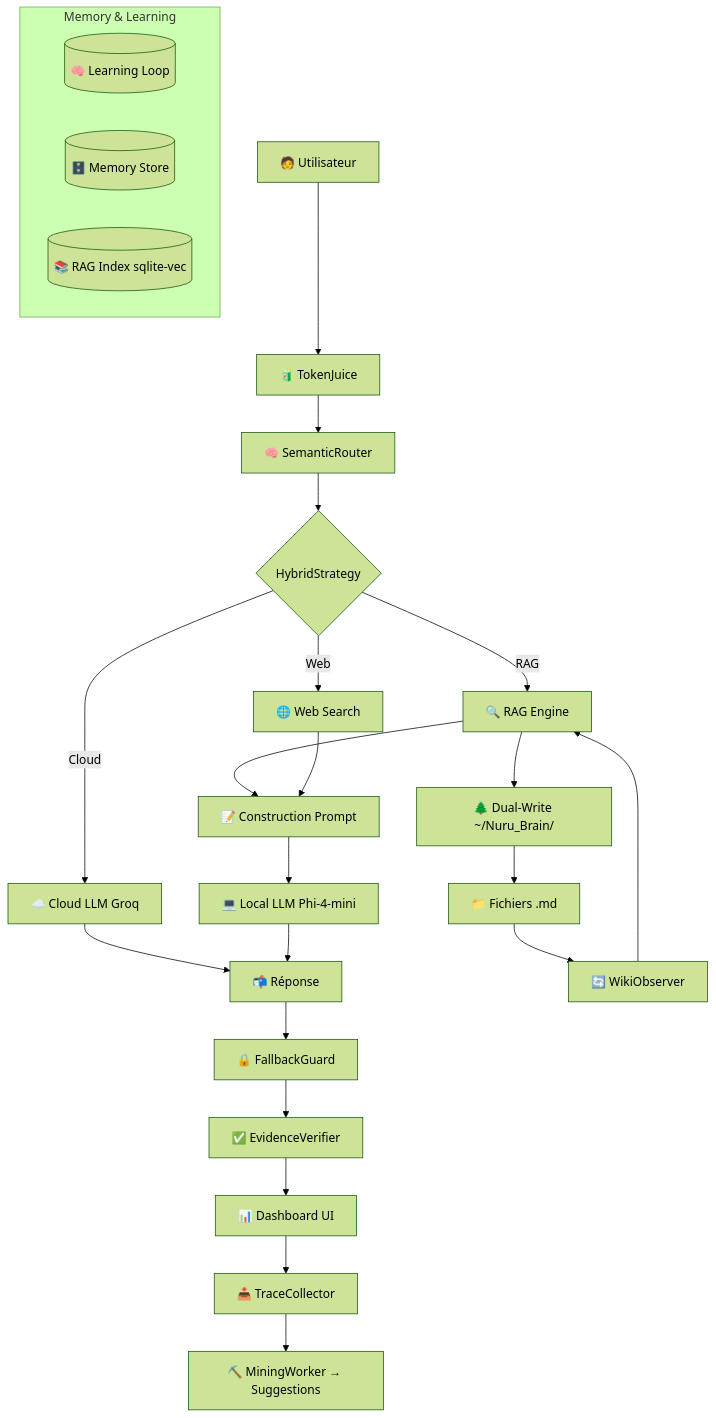
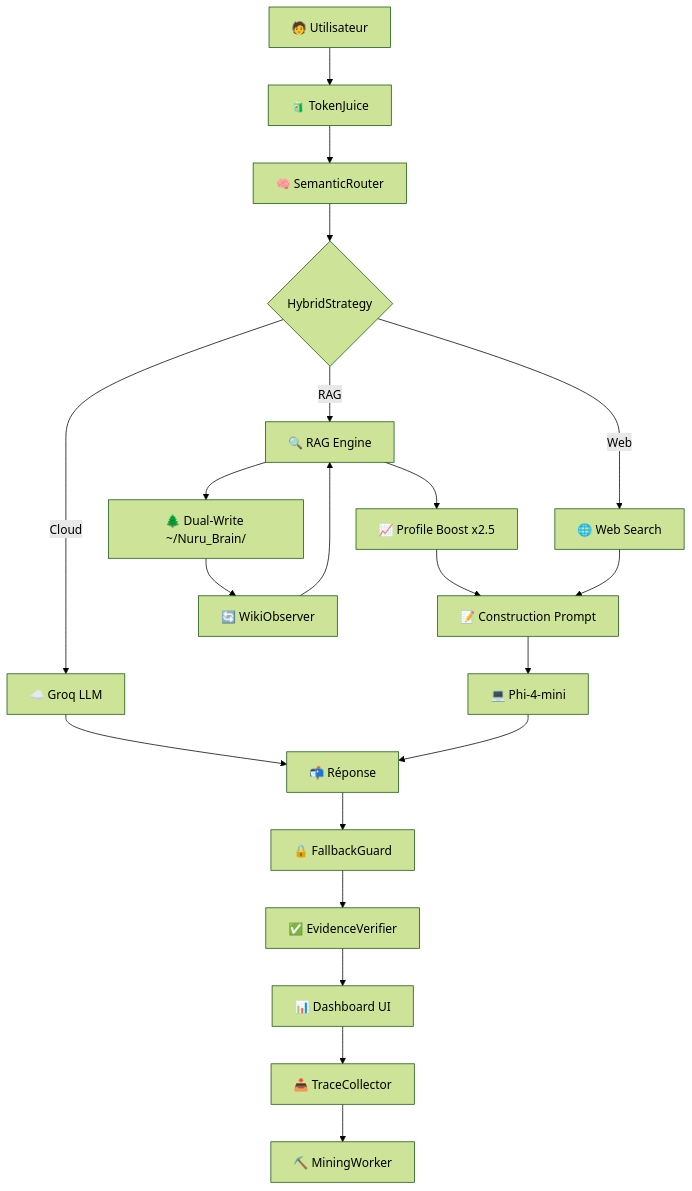
Before and after one commit to leblancbahiga/Assistant-IA: the diagram in README.md, drawn with Mermaid (forest theme). The commit also changed other lines of this file, not shown here.

````diff
--- a/README.md
+++ b/README.md
@@ -96,30 +120,24 @@
 ```mermaid
 graph TD
-    A[🧑 Utilisateur] --> B[🧃 TokenJuice]
-    B --> C[🧠 SemanticRouter]
-    C --> D{HybridStrategy}
-    D -->|RAG| E[🔍 RAG Engine]
-    D -->|Web| F[🌐 Web Search]
-    D -->|Cloud| G[☁️ Cloud LLM Groq]
-    E --> H[📝 Construction Prompt]
-    F --> H
-    G --> I[📬 Réponse]
-    H --> J[💻 Local LLM Phi-4-mini]
-    J --> I
-    I --> K[🔒 FallbackGuard]
-    K --> L[✅ EvidenceVerifier]
-    L --> M[📊 Dashboard UI]
-    M --> N[📥 TraceCollector]
-    N --> O[⛏️ MiningWorker → Suggestions]
+    User[🧑 Utilisateur] --> TJ[🧃 TokenJuice]
+    TJ --> Router[🧠 SemanticRouter]
+    Router --> Strat{HybridStrategy}
+    Strat -->|RAG| RAG[🔍 RAG Engine]
+    Strat -->|Web| Web[🌐 Web Search]
+    Strat -->|Cloud| Cloud[☁️ Groq LLM]
+    RAG --> Boost[📈 Profile Boost x2.5]
+    Boost --> Prompt[📝 Construction Prompt]
+    Web --> Prompt
+    Cloud --> Resp[📬 Réponse]
+    Prompt --> Local[💻 Phi-4-mini]
+    Local --> Resp
+    Resp --> FG[🔒 FallbackGuard]
+    FG --> EV[✅ EvidenceVerifier]
+    EV --> UI[📊 Dashboard UI]
+    UI --> TC[📥 TraceCollector]
+    TC --> MW[⛏️ MiningWorker]
     
-    E --> P[🌲 Dual-Write ~/Nuru_Brain/]
-    P --> Q[📁 Fichiers .md]
-    Q --> R[🔄 WikiObserver]
-    R --> E
-    
-    subgraph "Memory & Learning"
-        S[(🧠 Learning Loop)]
-        T[(🗄️ Memory Store)]
-        U[(📚 RAG Index sqlite-vec)]
-    end
+    RAG --> Wiki[🌲 Dual-Write ~/Nuru_Brain/]
+    Wiki --> WD[🔄 WikiObserver]
+    WD --> RAG
 ```
````
